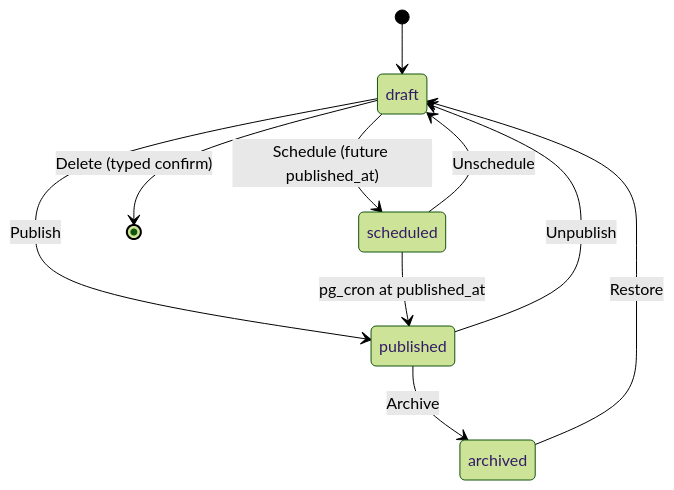
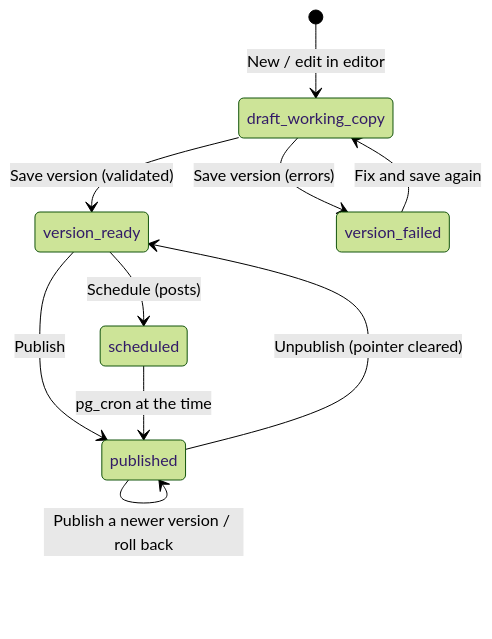
The diagram in docs/09-admin-panel.md (eyasir329/portfolio), drawn with Mermaid (forest theme) before and after one commit. The commit also changed other lines of this file and 25 other files, not shown here.

````diff
--- a/docs/09-admin-panel.md
+++ b/docs/09-admin-panel.md
@@ -51,12 +64,12 @@
 ```mermaid
 stateDiagram-v2
-  [*] --> draft
-  draft --> published: Publish
-  draft --> scheduled: Schedule (future published_at)
-  scheduled --> published: pg_cron at published_at
-  scheduled --> draft: Unschedule
-  published --> draft: Unpublish
-  published --> archived: Archive
-  archived --> draft: Restore
-  draft --> [*]: Delete (typed confirm)
+  [*] --> draft_working_copy: New / edit in editor
+  draft_working_copy --> version_ready: Save version (validated)
+  draft_working_copy --> version_failed: Save version (errors)
+  version_failed --> draft_working_copy: Fix and save again
+  version_ready --> published: Publish
+  version_ready --> scheduled: Schedule (posts)
+  scheduled --> published: pg_cron at the time
+  published --> version_ready: Unpublish (pointer cleared)
+  published --> published: Publish a newer version / roll back
 ```
````
